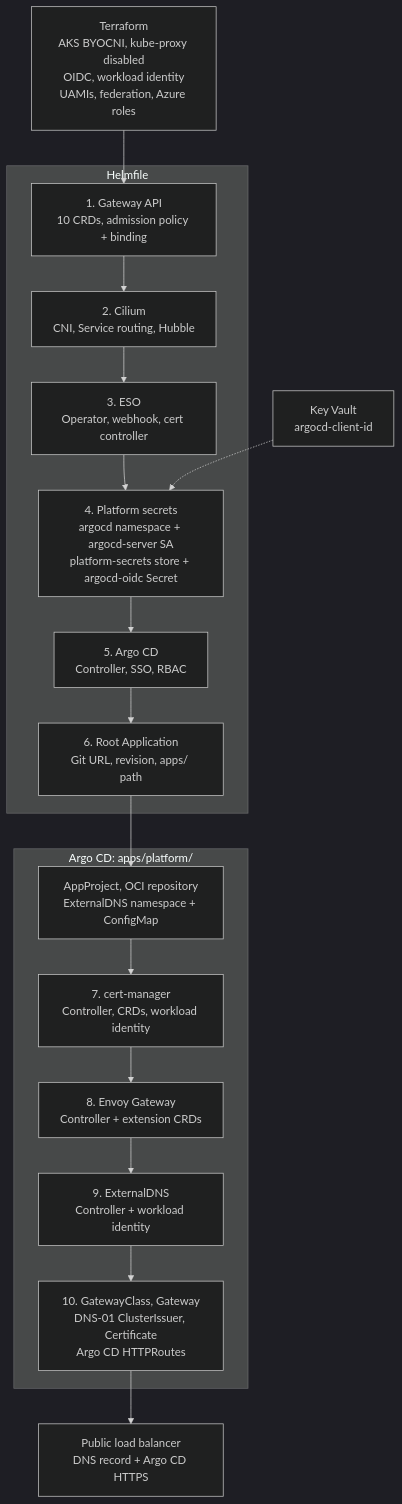
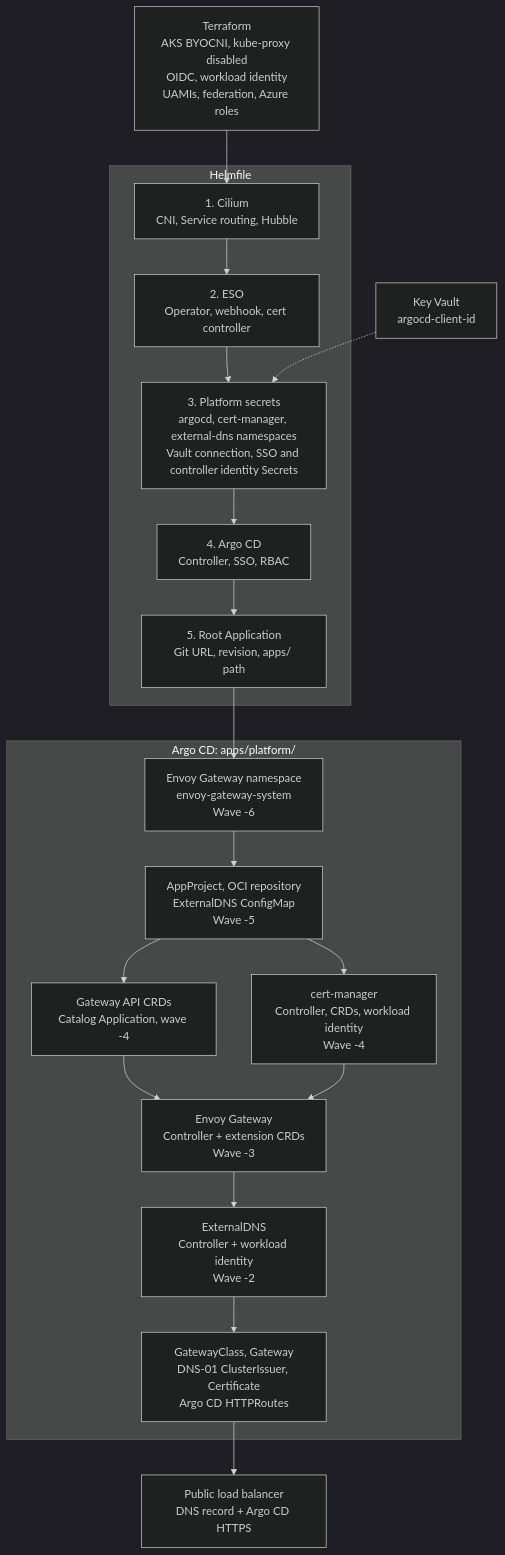
One commit to RyanJKS/platform-gitops changed the diagram in clusters/azure/DEV-JKS/dev/uks/sandbox/aks-envoy/bootstrap/README.md. Above: the diagram before and after it, drawn with Mermaid (dark theme). The commit also changed other lines of this file and 3 other files, not shown here.

````diff
--- a/clusters/azure/DEV-JKS/dev/uks/sandbox/aks-envoy/bootstrap/README.md
+++ b/clusters/azure/DEV-JKS/dev/uks/sandbox/aks-envoy/bootstrap/README.md
@@ -8,28 +8,32 @@
 ```mermaid
 flowchart TD
     T["Terraform<br/>AKS BYOCNI, kube-proxy disabled<br/>OIDC, workload identity<br/>UAMIs, federation, Azure roles"]
 
     subgraph H["Helmfile"]
-        G["1. Gateway API<br/>10 CRDs, admission policy + binding"]
-        C["2. Cilium<br/>CNI, Service routing, Hubble"]
-        E["3. ESO<br/>Operator, webhook, cert controller"]
-        P["4. Platform secrets<br/>argocd namespace + argocd-server SA<br/>platform-secrets store + argocd-oidc Secret"]
-        A["5. Argo CD<br/>Controller, SSO, RBAC"]
-        R["6. Root Application<br/>Git URL, revision, apps/ path"]
-        G --> C --> E --> P --> A --> R
+        C["1. Cilium<br/>CNI, Service routing, Hubble"]
+        E["2. ESO<br/>Operator, webhook, cert controller"]
+        P["3. Platform secrets<br/>argocd, cert-manager, external-dns namespaces<br/>Vault connection, SSO and controller identity Secrets"]
+        A["4. Argo CD<br/>Controller, SSO, RBAC"]
+        R["5. Root Application<br/>Git URL, revision, apps/ path"]
+        C --> E --> P --> A --> R
     end
 
     subgraph GitOps["Argo CD: apps/platform/"]
-        F["AppProject, OCI repository<br/>ExternalDNS namespace + ConfigMap"]
-        M["7. cert-manager<br/>Controller, CRDs, workload identity"]
-        EG["8. Envoy Gateway<br/>Controller + extension CRDs"]
-        D["9. ExternalDNS<br/>Controller + workload identity"]
-        W["10. GatewayClass, Gateway<br/>DNS-01 ClusterIssuer, Certificate<br/>Argo CD HTTPRoutes"]
-        F --> M --> EG --> D --> W
+        N["Envoy Gateway namespace<br/>envoy-gateway-system<br/>Wave -6"]
+        F["AppProject, OCI repository<br/>ExternalDNS ConfigMap<br/>Wave -5"]
+        K["Gateway API CRDs<br/>Catalog Application, wave -4"]
+        M["cert-manager<br/>Controller, CRDs, workload identity<br/>Wave -4"]
+        EG["Envoy Gateway<br/>Controller + extension CRDs<br/>Wave -3"]
+        D["ExternalDNS<br/>Controller + workload identity<br/>Wave -2"]
+        W["GatewayClass, Gateway<br/>DNS-01 ClusterIssuer, Certificate<br/>Argo CD HTTPRoutes"]
+        N --> F
+        F --> K --> EG
+        F --> M --> EG
+        EG --> D --> W
     end
 
-    T --> G
+    T --> C
     V["Key Vault<br/>argocd-client-id"] -.-> P
-    R --> F
+    R --> N
     W --> HTTPS["Public load balancer<br/>DNS record + Argo CD HTTPS"]
 ```
````
